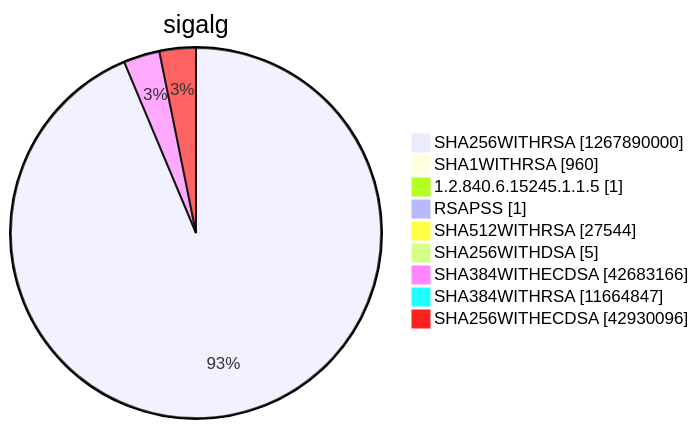
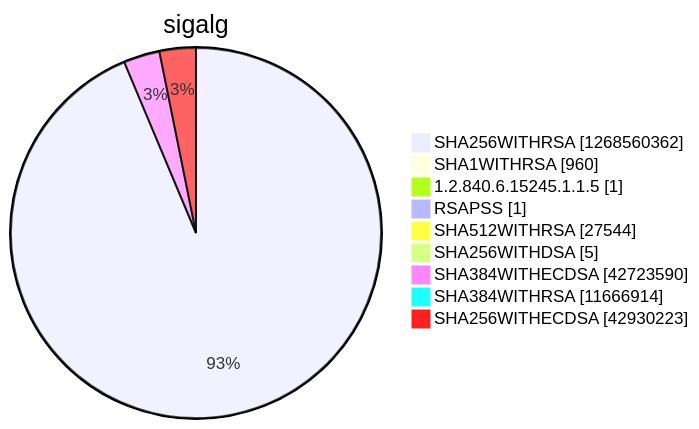
One commit to christiankrug/ctmonitor_visualization changed diagram 15 of 15 in argon2022/README.md. Above: the diagram before and after it, drawn with Mermaid. The commit also changed other lines of this file, not shown here.

````diff
--- a/argon2022/README.md
+++ b/argon2022/README.md
@@ -5522,13 +5522,13 @@
 ```mermaid
 pie showData
 title sigalg
-"SHA256WITHRSA" :1267890000
+"SHA256WITHRSA" :1268560362
 "SHA1WITHRSA" :960
 "1.2.840.6.15245.1.1.5" :1
 "RSAPSS" :1
 "SHA512WITHRSA" :27544
 "SHA256WITHDSA" :5
-"SHA384WITHECDSA" :42683166
-"SHA384WITHRSA" :11664847
-"SHA256WITHECDSA" :42930096
+"SHA384WITHECDSA" :42723590
+"SHA384WITHRSA" :11666914
+"SHA256WITHECDSA" :42930223
 ```
````
